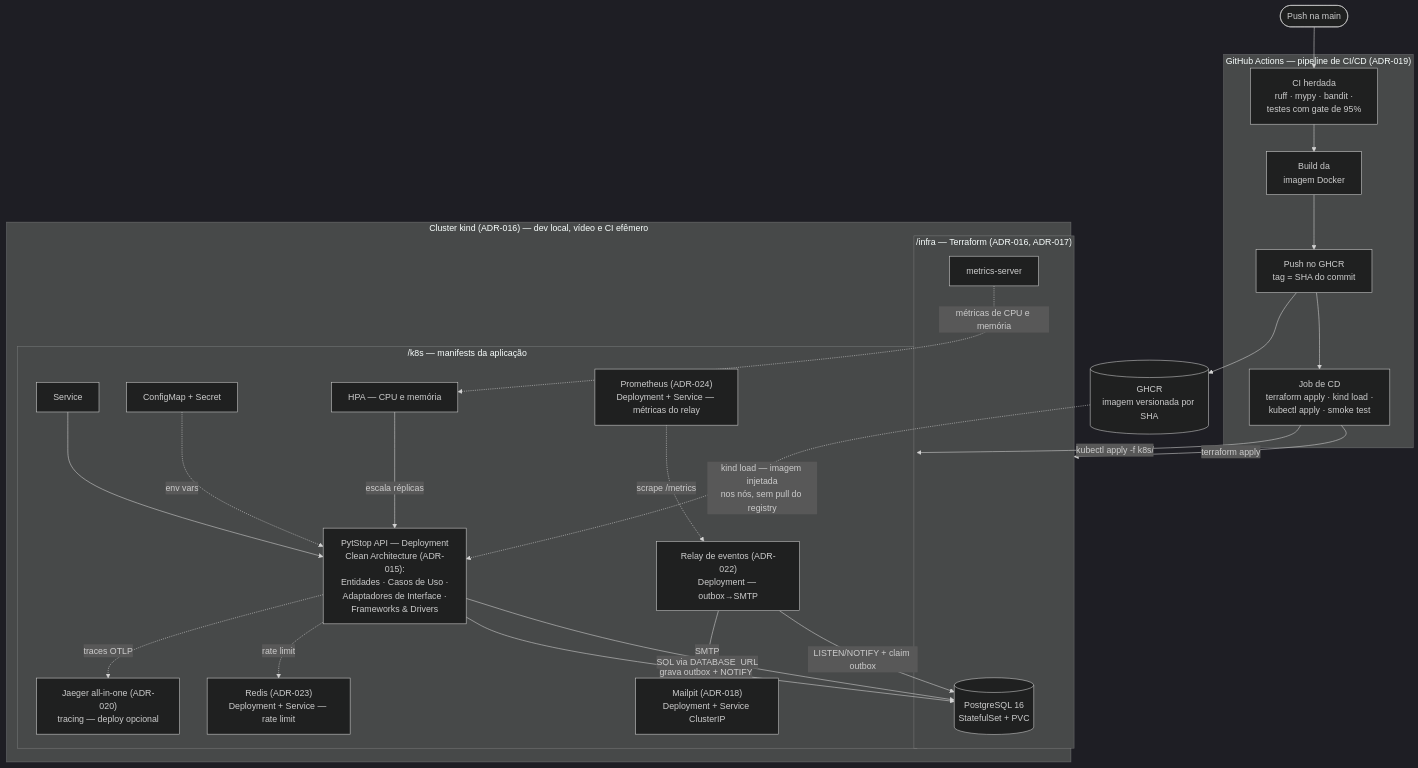
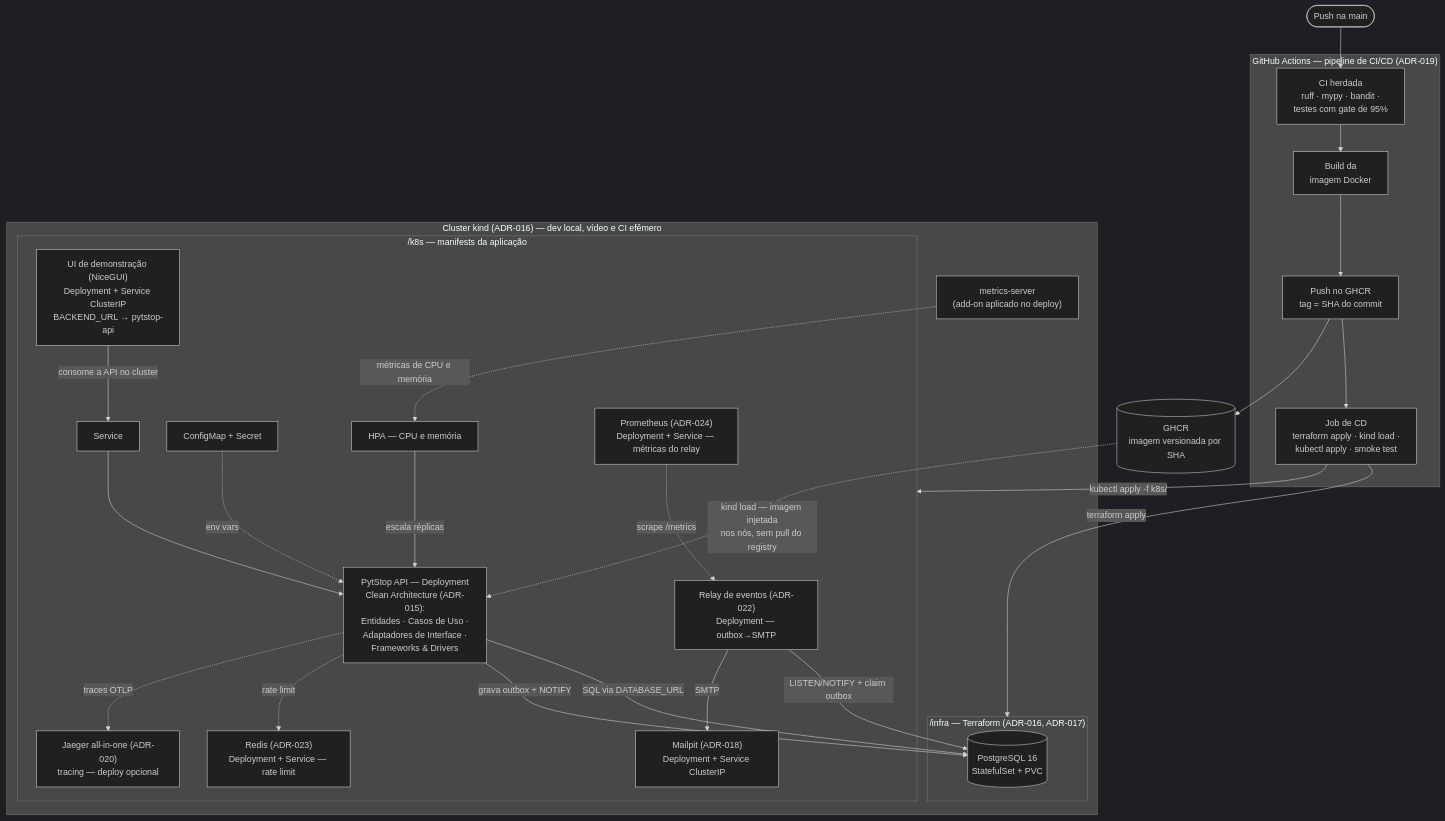
The diagram in README.md (fiap-postech-sw-architecture/postech-sw-arch-p2), drawn with Mermaid (dark theme) before and after one commit. The commit also changed 5 other files, not shown here.

````diff
--- a/README.md
+++ b/README.md
@@ -37,47 +37,49 @@
 ```mermaid
 flowchart TB
     push_main(["Push na main"]) --> ci_stage
 
     subgraph gha["GitHub Actions — pipeline de CI/CD (ADR-019)"]
         ci_stage["CI herdada<br/>ruff · mypy · bandit ·<br/>testes com gate de 95%"] --> build_img["Build da<br/>imagem Docker"]
         build_img --> publish["Push no GHCR<br/>tag = SHA do commit"]
         publish --> cd_job["Job de CD<br/>terraform apply · kind load ·<br/>kubectl apply · smoke test"]
     end
 
     ghcr[("GHCR<br/>imagem versionada por SHA")]
     publish --> ghcr
 
     cd_job -->|"terraform apply"| infra_tf
     cd_job -->|"kubectl apply -f k8s/"| k8s_app
     ghcr -.->|"kind load — imagem injetada<br/>nos nós, sem pull do registry"| app
 
     subgraph cluster["Cluster kind (ADR-016) — dev local, vídeo e CI efêmero"]
         subgraph infra_tf["/infra — Terraform (ADR-016, ADR-017)"]
             pg[("PostgreSQL 16<br/>StatefulSet + PVC")]
-            ms["metrics-server"]
         end
+        ms["metrics-server<br/>(add-on aplicado no deploy)"]
         subgraph k8s_app["/k8s — manifests da aplicação"]
             svc["Service"]
             app["PytStop API — Deployment<br/>Clean Architecture (ADR-015):<br/>Entidades · Casos de Uso ·<br/>Adaptadores de Interface ·<br/>Frameworks & Drivers"]
             cfg["ConfigMap + Secret"]
             hpa["HPA — CPU e memória"]
             mailpit["Mailpit (ADR-018)<br/>Deployment + Service ClusterIP"]
             jaeger["Jaeger all-in-one (ADR-020)<br/>tracing — deploy opcional"]
             relay["Relay de eventos (ADR-022)<br/>Deployment — outbox→SMTP"]
             redis["Redis (ADR-023)<br/>Deployment + Service — rate limit"]
             prometheus["Prometheus (ADR-024)<br/>Deployment + Service — métricas do relay"]
+            ui["UI de demonstração (NiceGUI)<br/>Deployment + Service ClusterIP<br/>BACKEND_URL → pytstop-api"]
         end
     end
 
     svc --> app
     cfg -.->|"env vars"| app
     hpa -->|"escala réplicas"| app
     ms -.->|"métricas de CPU e memória"| hpa
+    ui -->|"consome a API no cluster"| svc
     app -->|"SQL via DATABASE_URL"| pg
     app -->|"grava outbox + NOTIFY"| pg
     relay -->|"LISTEN/NOTIFY + claim outbox"| pg
     relay -->|"SMTP"| mailpit
     app -.->|"rate limit"| redis
     app -.->|"traces OTLP"| jaeger
     prometheus -.->|"scrape /metrics"| relay
 ```
````
